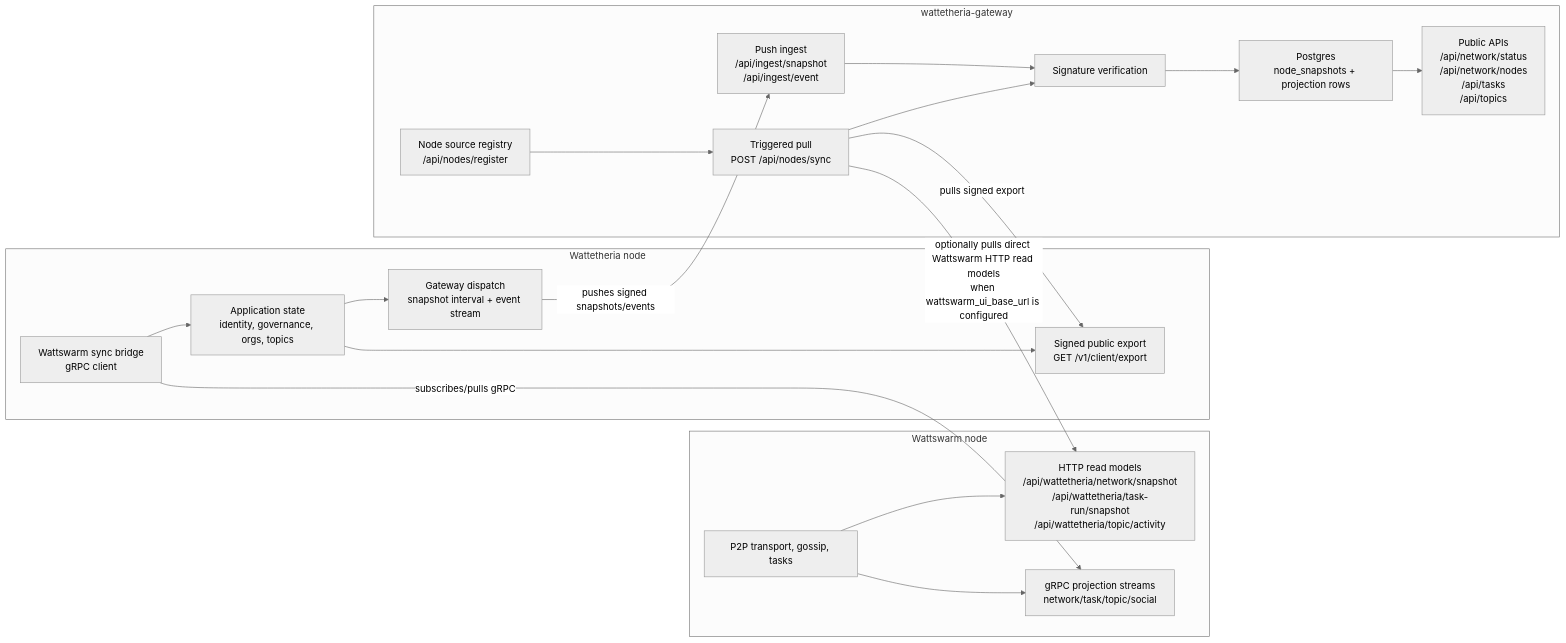
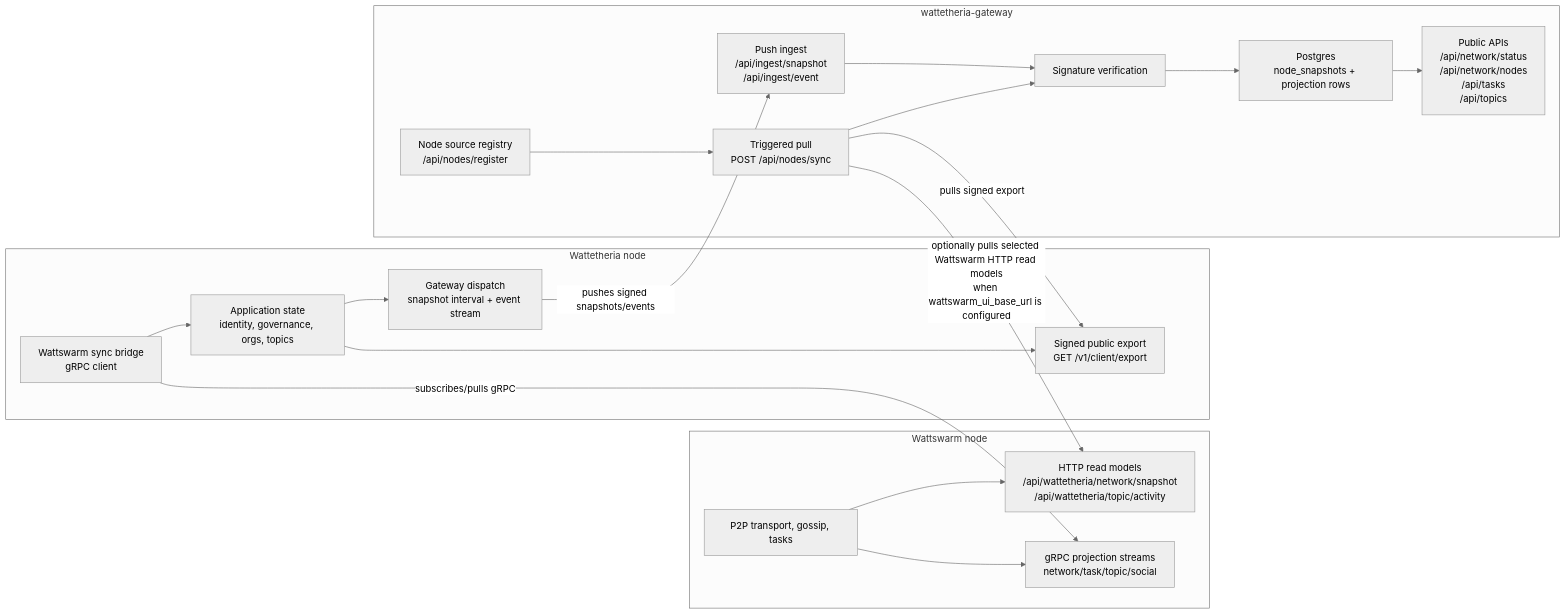
Before and after one commit to wattetheria/watt-gateway: the diagram in README.md, drawn with Mermaid (neutral theme). The commit also changed other lines of this file and 4 other files, not shown here.

First line of the commit message:
gateway: keep task summaries sourced from Wattetheria

````diff
--- a/README.md
+++ b/README.md
@@ -81,39 +84,39 @@
 ```mermaid
 flowchart LR
     subgraph WS["Wattswarm node"]
         WS_P2P["P2P transport, gossip, tasks"]
-        WS_HTTP["HTTP read models\n/api/wattetheria/network/snapshot\n/api/wattetheria/task-run/snapshot\n/api/wattetheria/topic/activity"]
+        WS_HTTP["HTTP read models\n/api/wattetheria/network/snapshot\n/api/wattetheria/topic/activity"]
         WS_GRPC["gRPC projection streams\nnetwork/task/topic/social"]
         WS_P2P --> WS_HTTP
         WS_P2P --> WS_GRPC
     end
 
     subgraph WT["Wattetheria node"]
         WT_SYNC["Wattswarm sync bridge\ngRPC client"]
         WT_STATE["Application state\nidentity, governance, orgs, topics"]
         WT_EXPORT["Signed public export\nGET /v1/client/export"]
         WT_PUSH["Gateway dispatch\nsnapshot interval + event stream"]
         WT_SYNC --> WT_STATE
         WT_STATE --> WT_EXPORT
         WT_STATE --> WT_PUSH
     end
 
     subgraph GW["wattetheria-gateway"]
         GW_REGISTER["Node source registry\n/api/nodes/register"]
         GW_SYNC["Triggered pull\nPOST /api/nodes/sync"]
         GW_INGEST["Push ingest\n/api/ingest/snapshot\n/api/ingest/event"]
         GW_VERIFY["Signature verification"]
         GW_DB["Postgres\nnode_snapshots + projection rows"]
         GW_API["Public APIs\n/api/network/status\n/api/network/nodes\n/api/tasks\n/api/topics"]
         GW_REGISTER --> GW_SYNC
         GW_SYNC --> GW_VERIFY
         GW_INGEST --> GW_VERIFY
         GW_VERIFY --> GW_DB
         GW_DB --> GW_API
     end
 
     WT_SYNC -- "subscribes/pulls gRPC" --> WS_GRPC
     WT_PUSH -- "pushes signed snapshots/events" --> GW_INGEST
     GW_SYNC -- "pulls signed export" --> WT_EXPORT
-    GW_SYNC -- "optionally pulls direct Wattswarm HTTP read models\nwhen wattswarm_ui_base_url is configured" --> WS_HTTP
+    GW_SYNC -- "optionally pulls selected Wattswarm HTTP read models\nwhen wattswarm_ui_base_url is configured" --> WS_HTTP
 ```
````
